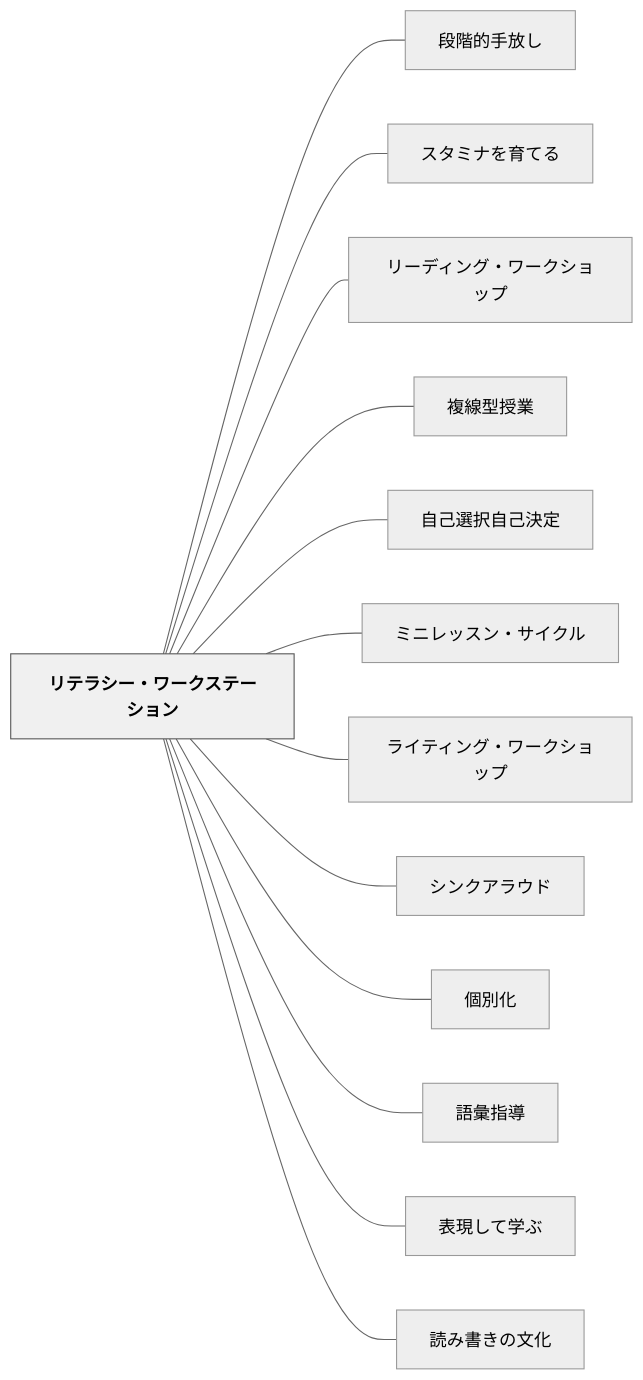
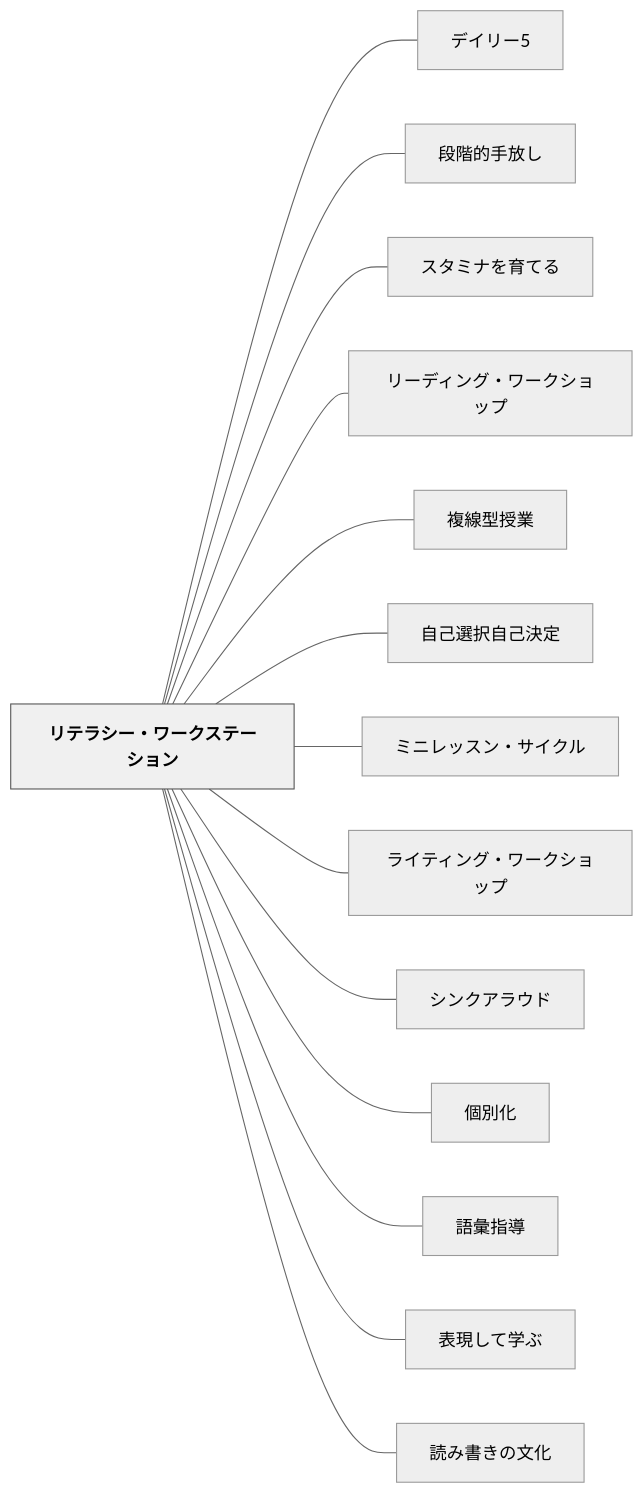
One commit to unknownthings-ed-patterns/unknownthings-ed-patterns changed the diagram in content/パタン/リテラシー・ワークステーション.md. Above: the diagram before and after it, drawn with Mermaid (neutral theme). The commit also changed other lines of this file and 473 other files, not shown here.

````diff
--- a/content/パタン/リテラシー・ワークステーション.md
+++ b/content/パタン/リテラシー・ワークステーション.md
@@ -233,32 +234,34 @@
 ```mermaid
 flowchart LR
     ne383aae38386["リテラシー・ワークステーション"]
+    ne38387e382a4["デイリー5"]
     ne6aeb5e99a8e["段階的手放し"]
     ne382b9e382bf["スタミナを育てる"]
     ne383aae383bc["リーディング・ワークショップ"]
     ne8a487e7b79a["複線型授業"]
     ne887aae5b7b1["自己選択自己決定"]
     ne3839fe3838b["ミニレッスン・サイクル"]
     ne383a9e382a4["ライティング・ワークショップ"]
     ne382b7e383b3["シンクアラウド"]
     ne5808be588a5["個別化"]
     ne8aa9ee5bd99["語彙指導"]
     ne8a1a8e78fbe["表現して学ぶ"]
     ne8aaade381bf["読み書きの文化"]
 
+    ne383aae38386 --- ne38387e382a4
     ne383aae38386 --- ne6aeb5e99a8e
     ne383aae38386 --- ne382b9e382bf
     ne383aae38386 --- ne383aae383bc
     ne383aae38386 --- ne8a487e7b79a
     ne383aae38386 --- ne887aae5b7b1
     ne383aae38386 --- ne3839fe3838b
     ne383aae38386 --- ne383a9e382a4
     ne383aae38386 --- ne382b7e383b3
     ne383aae38386 --- ne5808be588a5
     ne383aae38386 --- ne8aa9ee5bd99
     ne383aae38386 --- ne8a1a8e78fbe
     ne383aae38386 --- ne8aaade381bf
 
     classDef hub fill:#f0f0f0,stroke:#555,color:#000,font-weight:bold
     class ne383aae38386 hub
 ```
````
